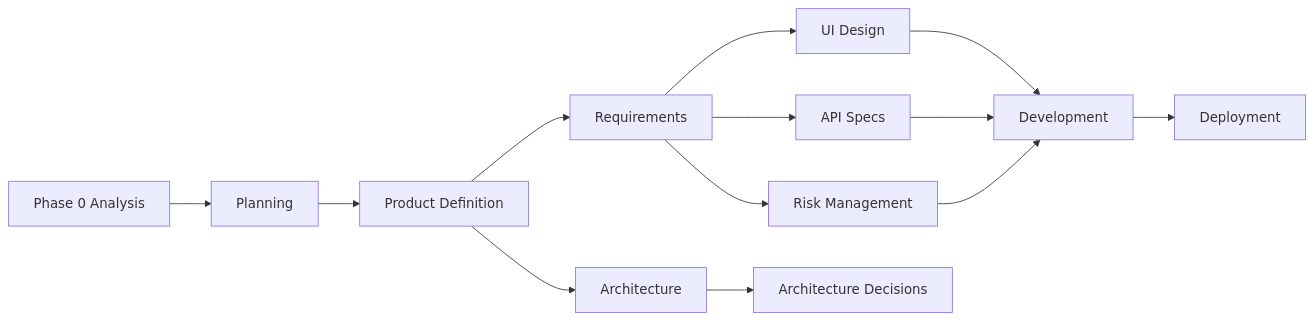
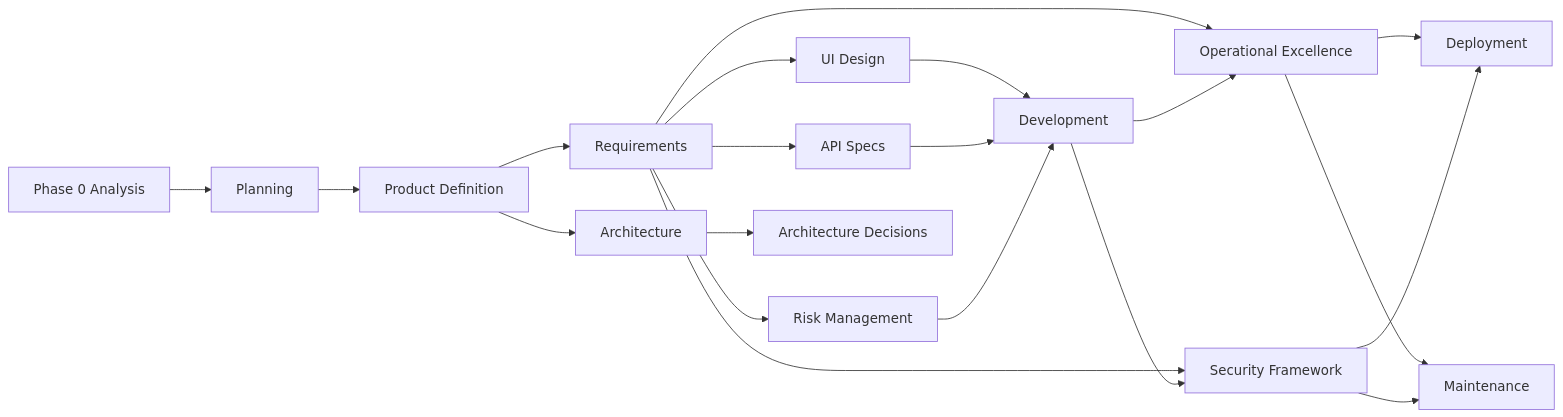
Before and after one commit to od3n/forecastiq: the fourth of 4 diagrams in .qoder/repowiki/en/content/Project Overview.md, drawn with Mermaid. The commit also changed other lines of this file and 3 other files, not shown here.

````diff
--- a/.qoder/repowiki/en/content/Project Overview.md
+++ b/.qoder/repowiki/en/content/Project Overview.md
@@ -501,15 +684,22 @@
 ```mermaid
 graph LR
 P0["Phase 0 Analysis"] --> PLAN["Planning"]
 PLAN --> PROD["Product Definition"]
 PROD --> REQ["Requirements"]
 REQ --> UIDESIGN["UI Design"]
 REQ --> APISPEC["API Specs"]
+REQ --> OPS["Operational Excellence"]
+REQ --> SEC["Security Framework"]
 REQ --> RISK["Risk Management"]
 PROD --> ARCH["Architecture"]
 ARCH --> ADR["Architecture Decisions"]
+OPS --> DEPLOY["Deployment"]
+SEC --> DEPLOY
 UIDESIGN --> DEV["Development"]
 APISPEC --> DEV
 RISK --> DEV
-DEV --> DEPLOY["Deployment"]
+DEV --> OPS
+DEV --> SEC
+OPS --> MAINT["Maintenance"]
+SEC --> MAINT
 ```
````
